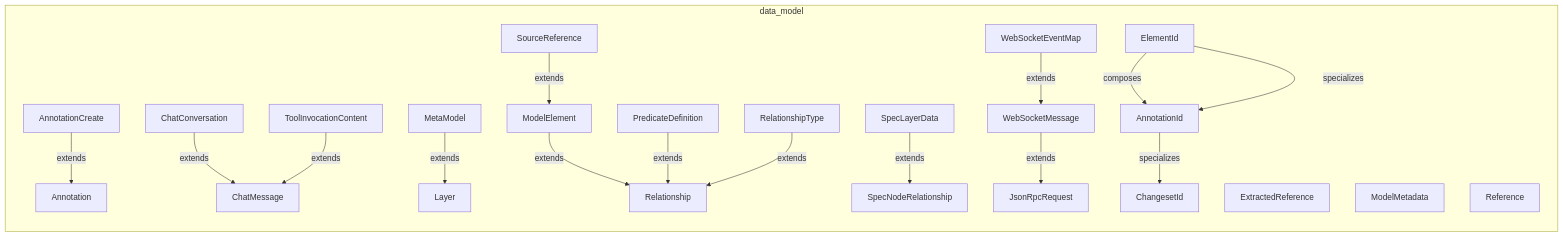
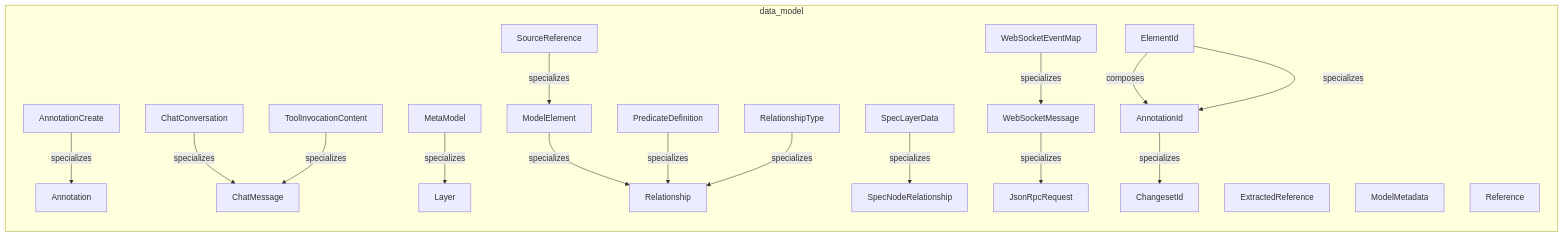
Before and after one commit to tinkermonkey/documentation_robotics_viewer: the first of 2 diagrams in documentation-robotics/reports/08-data-model-layer-report.md, drawn with Mermaid. The commit also changed other lines of this file and 39 other files, not shown here.

````diff
--- a/documentation-robotics/reports/08-data-model-layer-report.md
+++ b/documentation-robotics/reports/08-data-model-layer-report.md
@@ -31,42 +32,42 @@
 ```mermaid
 flowchart LR
   subgraph data_model
     data_model_objectschema_annotation["Annotation"]
     data_model_objectschema_annotation_create["AnnotationCreate"]
     data_model_objectschema_chat_conversation["ChatConversation"]
     data_model_objectschema_chat_message["ChatMessage"]
     data_model_objectschema_extracted_reference["ExtractedReference"]
     data_model_objectschema_json_rpc_request["JsonRpcRequest"]
     data_model_objectschema_layer["Layer"]
     data_model_objectschema_meta_model["MetaModel"]
     data_model_objectschema_model_element["ModelElement"]
     data_model_objectschema_model_metadata["ModelMetadata"]
     data_model_objectschema_predicate_definition["PredicateDefinition"]
     data_model_objectschema_reference["Reference"]
     data_model_objectschema_relationship["Relationship"]
     data_model_objectschema_relationship_type["RelationshipType"]
     data_model_objectschema_source_reference["SourceReference"]
     data_model_objectschema_spec_layer_data["SpecLayerData"]
     data_model_objectschema_spec_node_relationship["SpecNodeRelationship"]
     data_model_objectschema_tool_invocation_content["ToolInvocationContent"]
     data_model_objectschema_web_socket_event_map["WebSocketEventMap"]
     data_model_objectschema_web_socket_message["WebSocketMessage"]
     data_model_schemadefinition_annotation_id["AnnotationId"]
     data_model_schemadefinition_changeset_id["ChangesetId"]
     data_model_schemadefinition_element_id["ElementId"]
-    data_model_objectschema_annotation_create -->|extends| data_model_objectschema_annotation
-    data_model_objectschema_chat_conversation -->|extends| data_model_objectschema_chat_message
-    data_model_objectschema_meta_model -->|extends| data_model_objectschema_layer
-    data_model_objectschema_model_element -->|extends| data_model_objectschema_relationship
-    data_model_objectschema_predicate_definition -->|extends| data_model_objectschema_relationship
-    data_model_objectschema_relationship_type -->|extends| data_model_objectschema_relationship
-    data_model_objectschema_source_reference -->|extends| data_model_objectschema_model_element
-    data_model_objectschema_spec_layer_data -->|extends| data_model_objectschema_spec_node_relationship
-    data_model_objectschema_tool_invocation_content -->|extends| data_model_objectschema_chat_message
-    data_model_objectschema_web_socket_event_map -->|extends| data_model_objectschema_web_socket_message
-    data_model_objectschema_web_socket_message -->|extends| data_model_objectschema_json_rpc_request
+    data_model_objectschema_annotation_create -->|specializes| data_model_objectschema_annotation
+    data_model_objectschema_chat_conversation -->|specializes| data_model_objectschema_chat_message
+    data_model_objectschema_meta_model -->|specializes| data_model_objectschema_layer
+    data_model_objectschema_model_element -->|specializes| data_model_objectschema_relationship
+    data_model_objectschema_predicate_definition -->|specializes| data_model_objectschema_relationship
+    data_model_objectschema_relationship_type -->|specializes| data_model_objectschema_relationship
+    data_model_objectschema_source_reference -->|specializes| data_model_objectschema_model_element
+    data_model_objectschema_spec_layer_data -->|specializes| data_model_objectschema_spec_node_relationship
+    data_model_objectschema_tool_invocation_content -->|specializes| data_model_objectschema_chat_message
+    data_model_objectschema_web_socket_event_map -->|specializes| data_model_objectschema_web_socket_message
+    data_model_objectschema_web_socket_message -->|specializes| data_model_objectschema_json_rpc_request
     data_model_schemadefinition_annotation_id -->|specializes| data_model_schemadefinition_changeset_id
     data_model_schemadefinition_element_id -->|composes| data_model_schemadefinition_annotation_id
     data_model_schemadefinition_element_id -->|specializes| data_model_schemadefinition_annotation_id
   end
 ```
````
